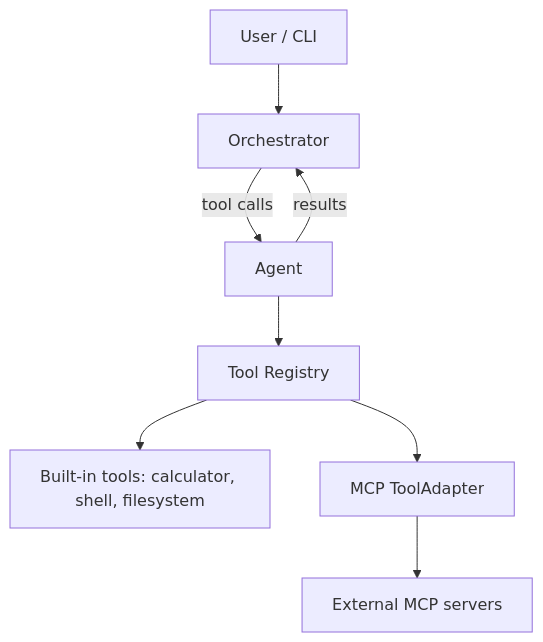
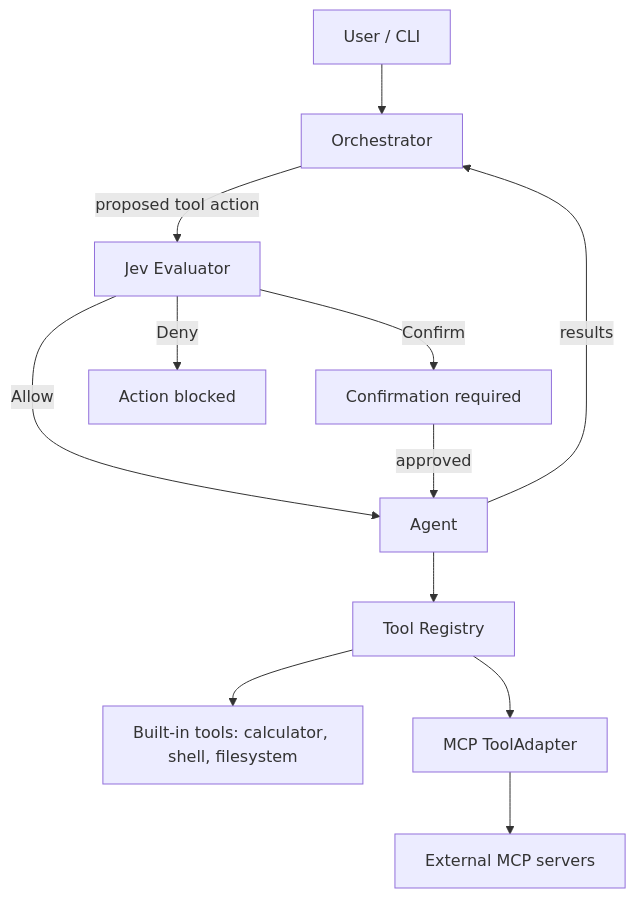
Before and after one commit to deepesh-kumar-pandey/deepesh-kumar-pandey: the diagram in README.md, drawn with Mermaid. The commit also changed other lines of this file, not shown here.

First line of the commit message:
Enhance README with Jev and quality details

````diff
--- a/README.md
+++ b/README.md
@@ -55,10 +55,14 @@
 ```mermaid
 flowchart TD
     U[User / CLI] --> O[Orchestrator]
-    O -->|tool calls| A[Agent]
+    O -->|proposed tool action| J[Jev Evaluator]
+    J -->|Allow| A[Agent]
+    J -->|Confirm| C[Confirmation required]
+    C -->|approved| A
+    J -->|Deny| X[Action blocked]
     A -->|results| O
     A --> R[Tool Registry]
     R --> B[Built-in tools: calculator, shell, filesystem]
     R --> M[MCP ToolAdapter]
     M --> S[External MCP servers]
 ```
````
